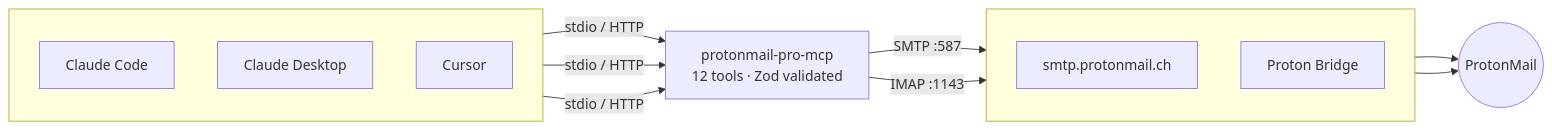
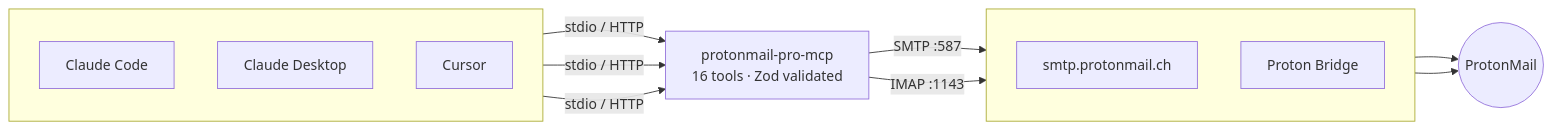
Before and after one commit to ronamosa/protonmail-pro-mcp: the first of 2 diagrams in README.md, drawn with Mermaid. The commit also changed other lines of this file and 5 other files, not shown here.

````diff
--- a/README.md
+++ b/README.md
@@ -14,24 +14,24 @@
 ```mermaid
 flowchart LR
   subgraph clients [" "]
     direction TB
     CC["Claude Code"]
     CD["Claude Desktop"]
     CU["Cursor"]
   end
 
-  MCP["protonmail-pro-mcp<br/>12 tools &middot; Zod validated"]
+  MCP["protonmail-pro-mcp<br/>16 tools &middot; Zod validated"]
 
   subgraph mail [" "]
     direction TB
     SMTP["smtp.protonmail.ch"]
     Bridge["Proton Bridge"]
   end
 
   PM(("ProtonMail"))
 
   CC & CD & CU -->|stdio / HTTP| MCP
   MCP -->|"SMTP :587"| SMTP
   MCP -->|"IMAP :1143"| Bridge
   SMTP & Bridge --> PM
 ```
````
